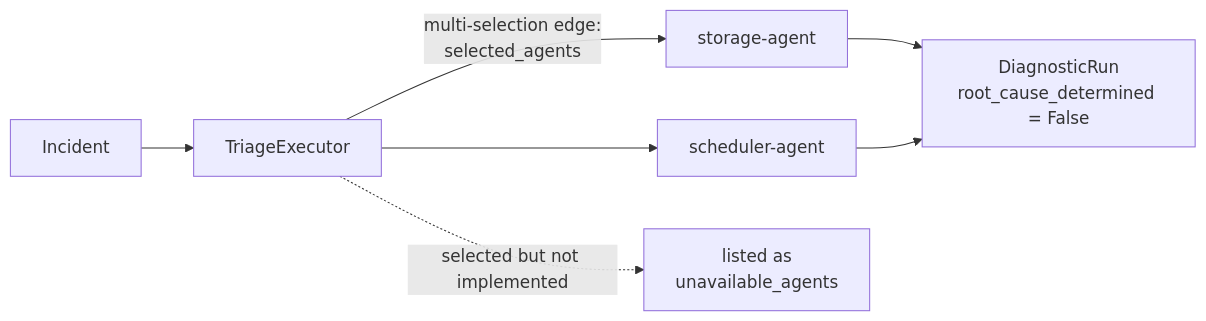
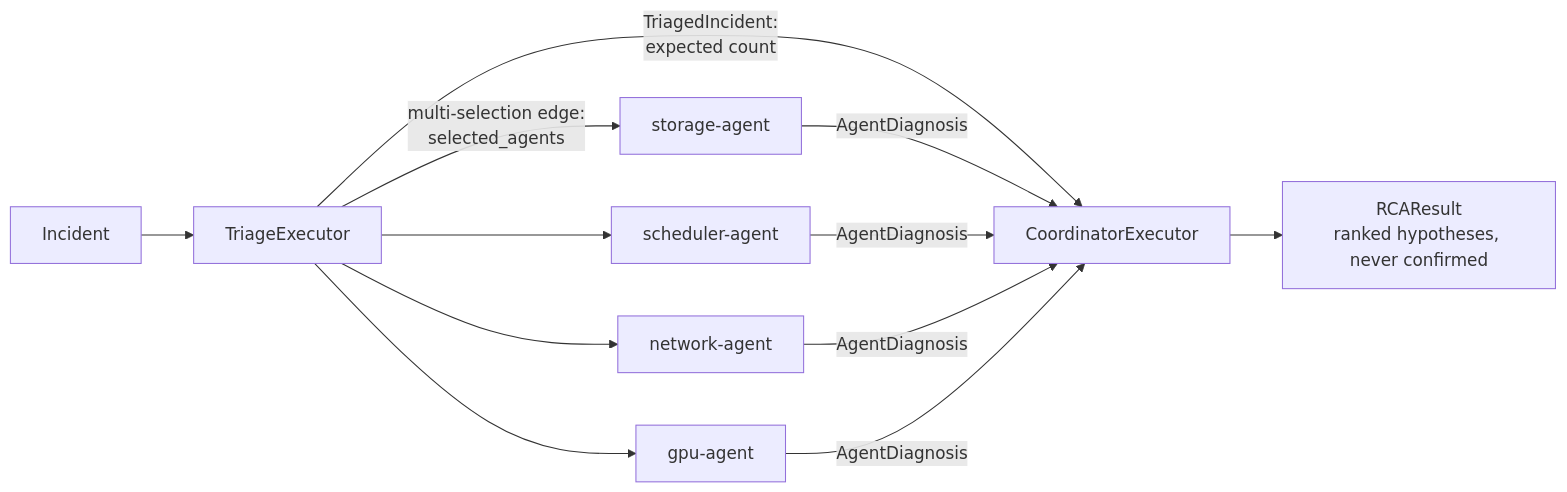
Before and after one commit to DengShunChen/ai-agent-hpc-diagostics: the second of 2 diagrams in docs/architecture.md, drawn with Mermaid. The commit also changed other lines of this file and 21 other files, not shown here.

First line of the commit message:
Iteration 3: Network Agent, GPU Agent, RCA Coordinator

````diff
--- a/docs/architecture.md
+++ b/docs/architecture.md
@@ -80,9 +90,11 @@
 ```mermaid
 flowchart LR
     I[Incident] --> T[TriageExecutor]
     T -->|multi-selection edge:<br/>selected_agents| S[storage-agent]
     T --> SC[scheduler-agent]
-    T -. selected but not implemented .-> U[listed as<br/>unavailable_agents]
-    S --> O[DiagnosticRun<br/>root_cause_determined = False]
-    SC --> O
+    T --> N[network-agent]
+    T --> G[gpu-agent]
+    T -->|TriagedIncident:<br/>expected count| C[CoordinatorExecutor]
+    S & SC & N & G -->|AgentDiagnosis| C
+    C --> O[RCAResult<br/>ranked hypotheses, never confirmed]
 ```
````
